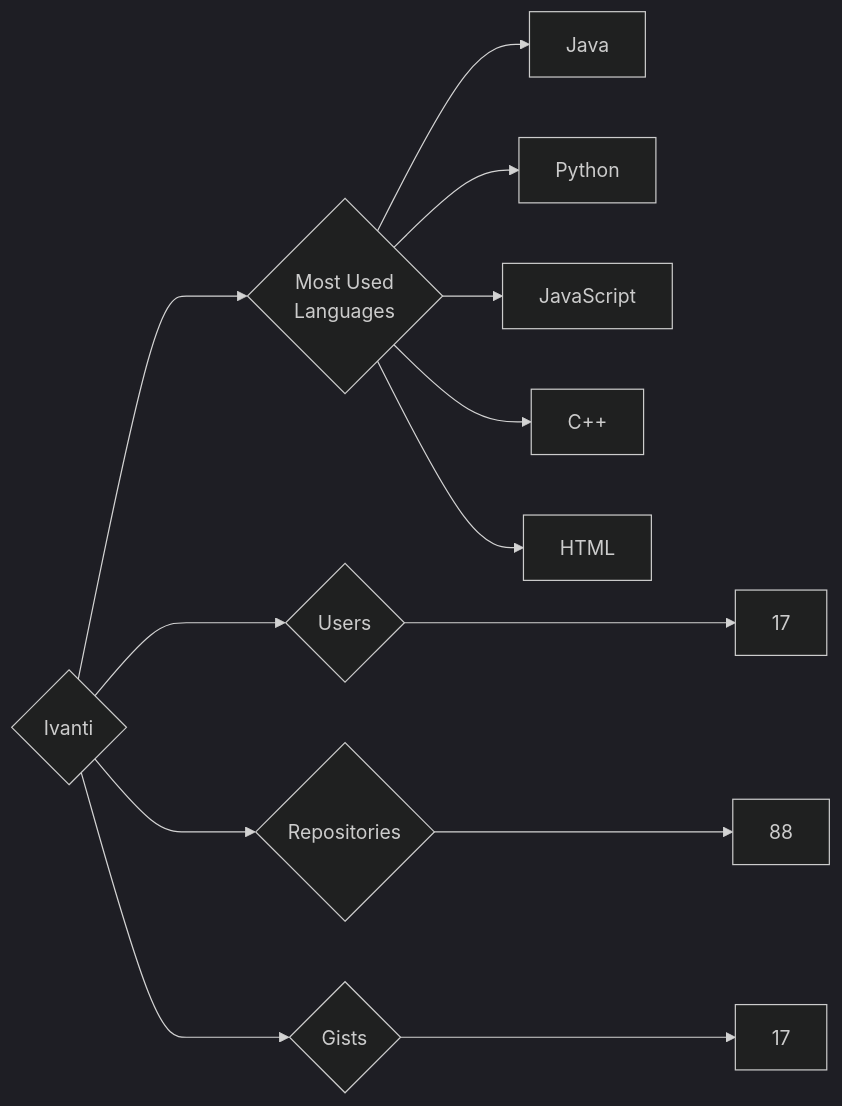
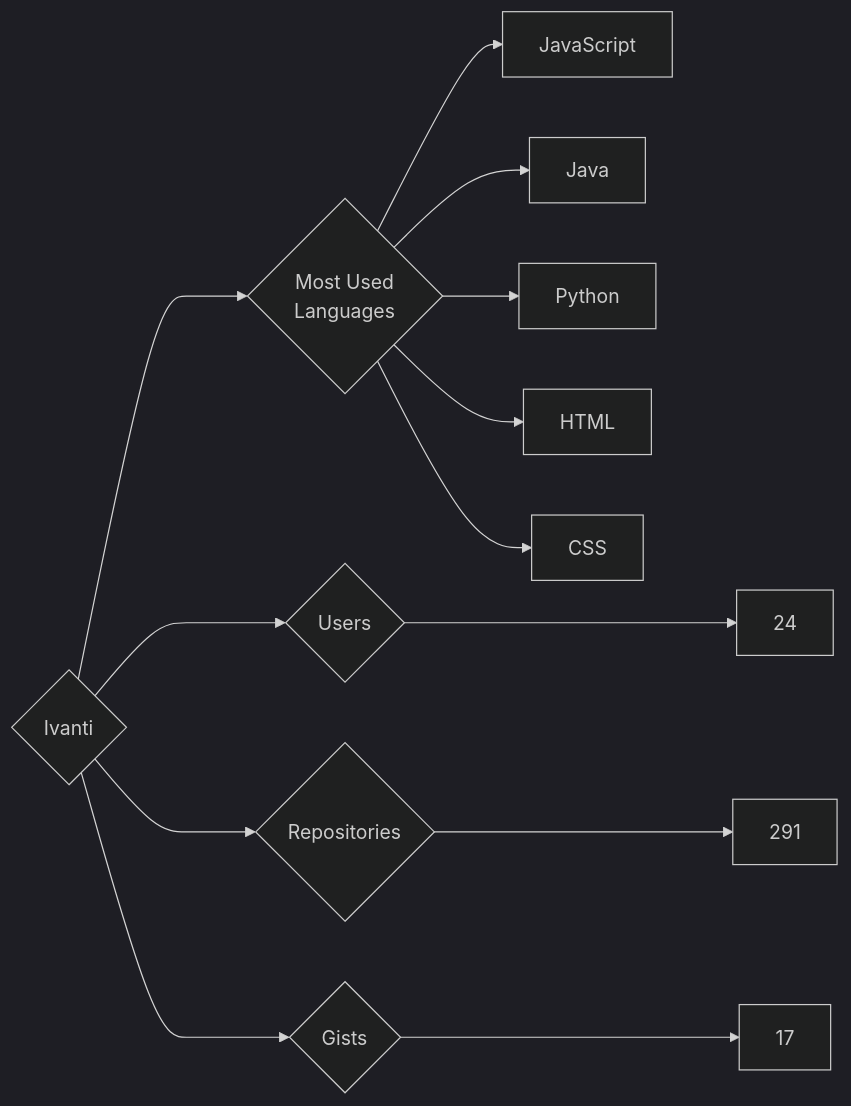
The diagram in targets/Ivanti/README.md (trickest/insiders), drawn with Mermaid (dark theme) before and after one commit. The commit also changed 930 other files, not shown here.

````diff
--- a/targets/Ivanti/README.md
+++ b/targets/Ivanti/README.md
@@ -3,13 +3,13 @@
 ```mermaid
 graph LR
 COMPANY_NAME{Ivanti}
-COMPANY_NAME ---> U{Users} ---> UN[17]
-COMPANY_NAME ---> R{Repositories} ---> RN[88]
+COMPANY_NAME ---> U{Users} ---> UN[24]
+COMPANY_NAME ---> R{Repositories} ---> RN[291]
 COMPANY_NAME ---> G{Gists} ---> GN[17]
 COMPANY_NAME ---> ML{Most Used<br>Languages}
+ML --> JavaScript[JavaScript]
 ML --> Java[Java]
 ML --> Python[Python]
-ML --> JavaScript[JavaScript]
-ML --> C++[C++]
 ML --> HTML[HTML]
+ML --> CSS[CSS]
 ```
````
